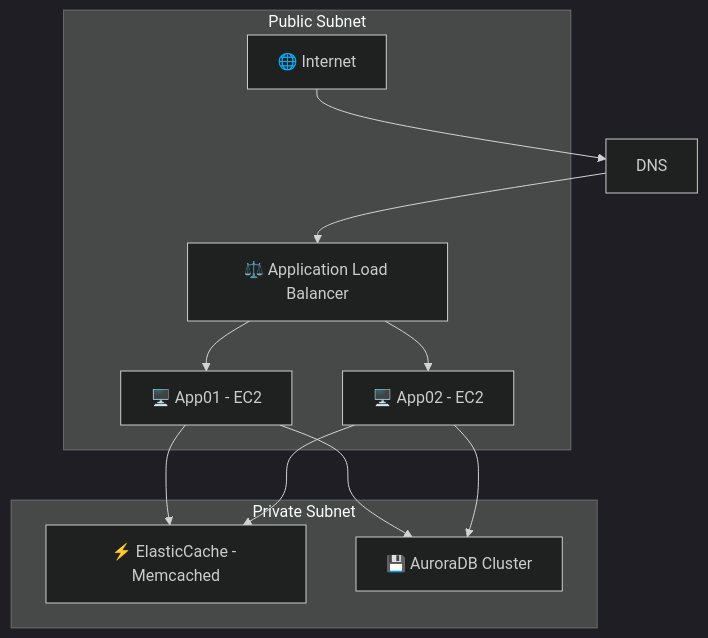
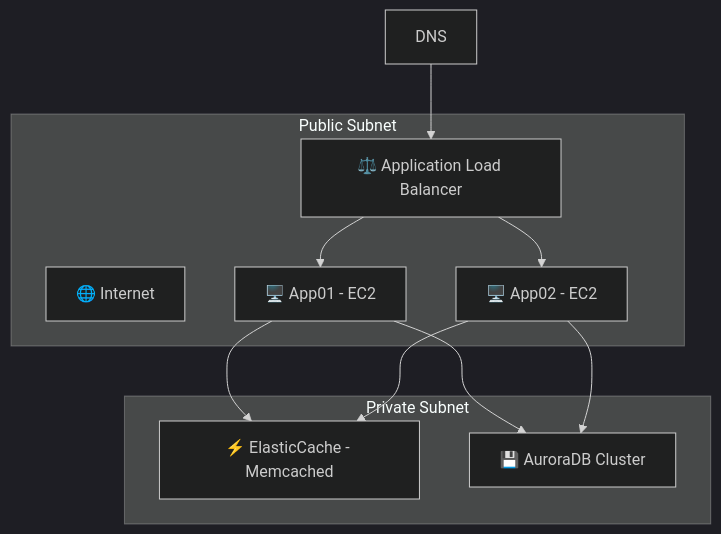
Before and after one commit to wandrad3/vprofile-aws: the diagram in readme.md, drawn with Mermaid (dark theme).

````diff
--- a/readme.md
+++ b/readme.md
@@ -38,23 +38,22 @@
 ```mermaid
 ---
 config:
   layout: fixed
 ---
 
 flowchart TD
  subgraph subGraph0["Public Subnet"]
         ALB["⚖️ Application Load Balancer"]
         Internet["🌐 Internet"]
         APP01["🖥️ App01 - EC2"]
         APP02["🖥️ App02 - EC2"]
   end
  subgraph subGraph1["Private Subnet"]
         ElastiCache["⚡ ElasticCache - Memcached"]
         AuroraDB["💾 AuroraDB Cluster"]
   end
-    Internet --> DNS
     DNS --> ALB
   ALB --> APP01 & APP02
     APP01 --> ElastiCache & AuroraDB
     APP02 --> ElastiCache & AuroraDB
 ```
````
